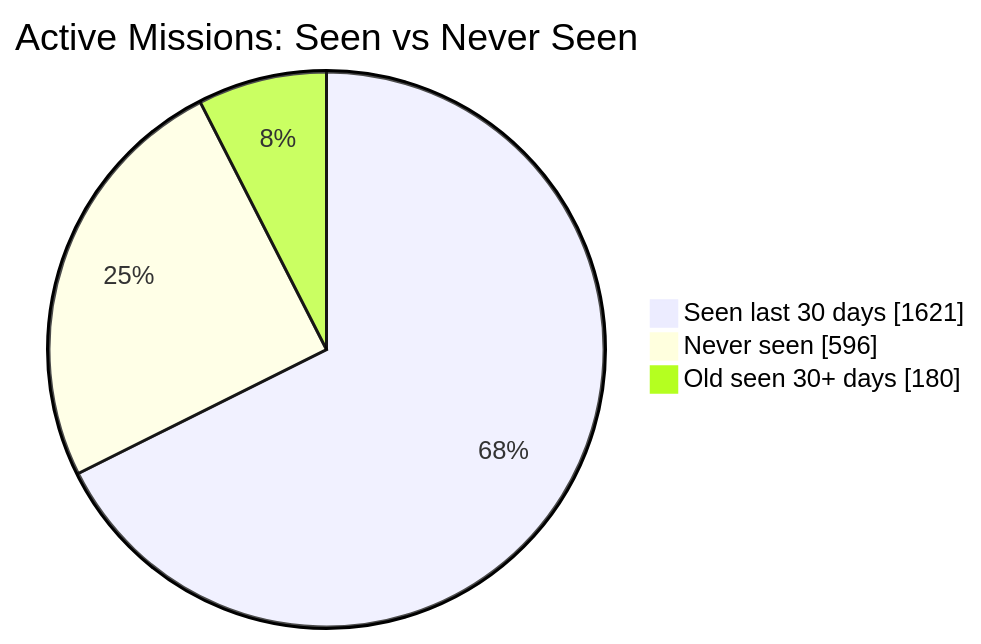
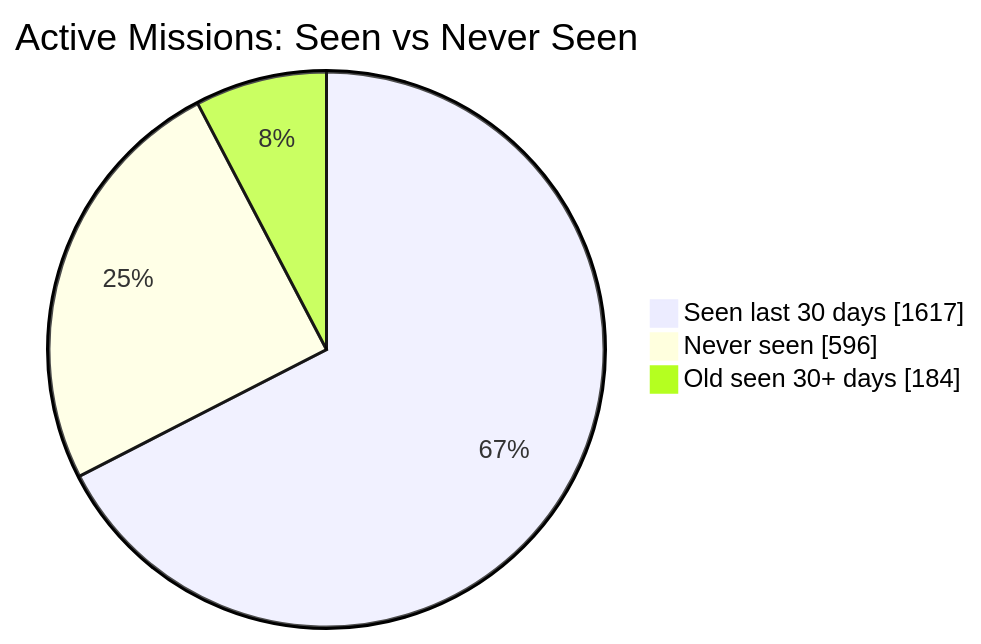
One commit to MeldkamerspelGameTeam/active-missions changed the first of 2 diagrams in README.md. Above: the diagram before and after it, drawn with Mermaid. The commit also changed other lines of this file and 3 other files, not shown here.

````diff
--- a/README.md
+++ b/README.md
@@ -34,7 +34,7 @@
 ```mermaid
 pie showData
     title Active Missions: Seen vs Never Seen
-    "Seen last 30 days" : 1621
+    "Seen last 30 days" : 1617
     "Never seen" : 596
-    "Old seen 30+ days" : 180
+    "Old seen 30+ days" : 184
 ```
````
